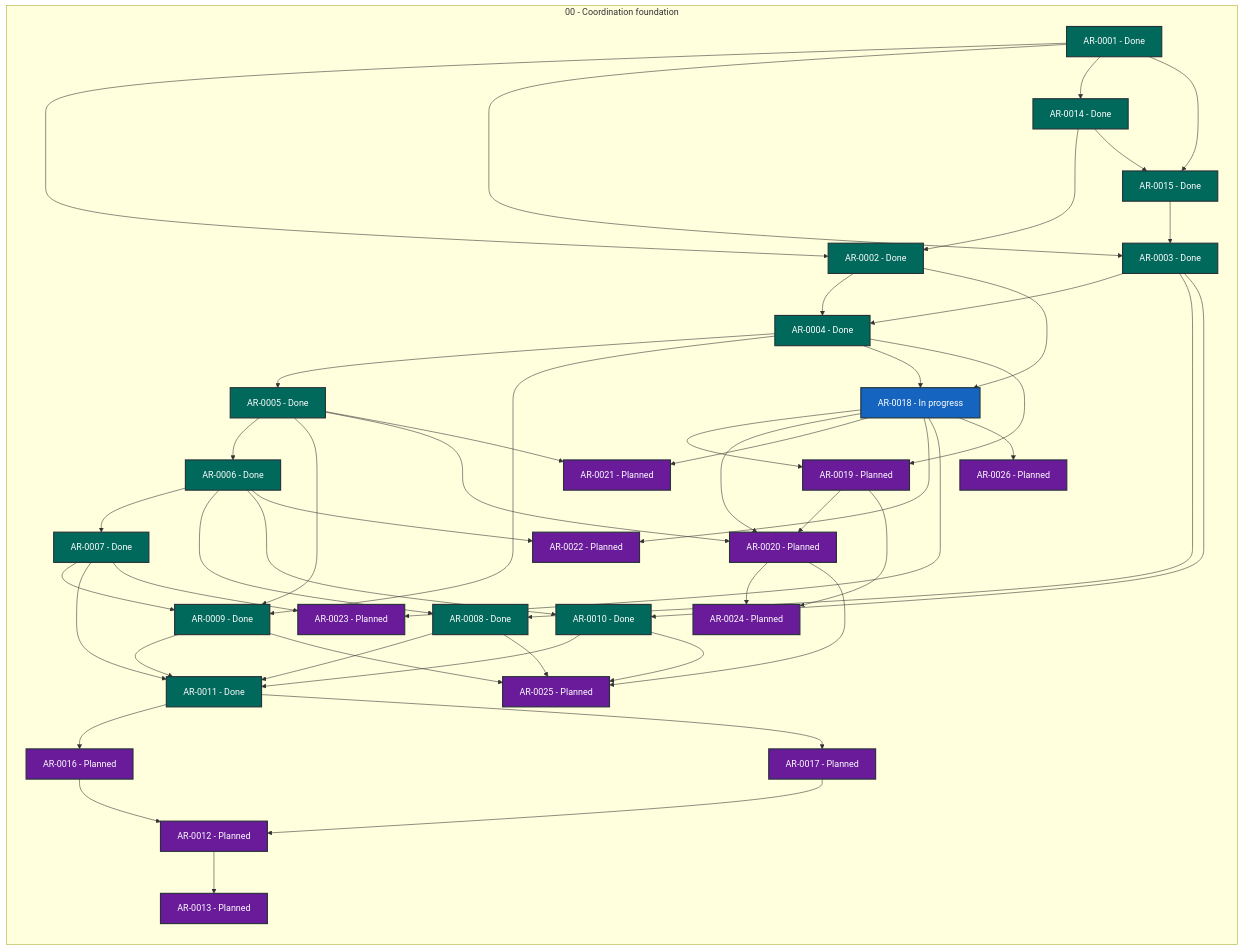
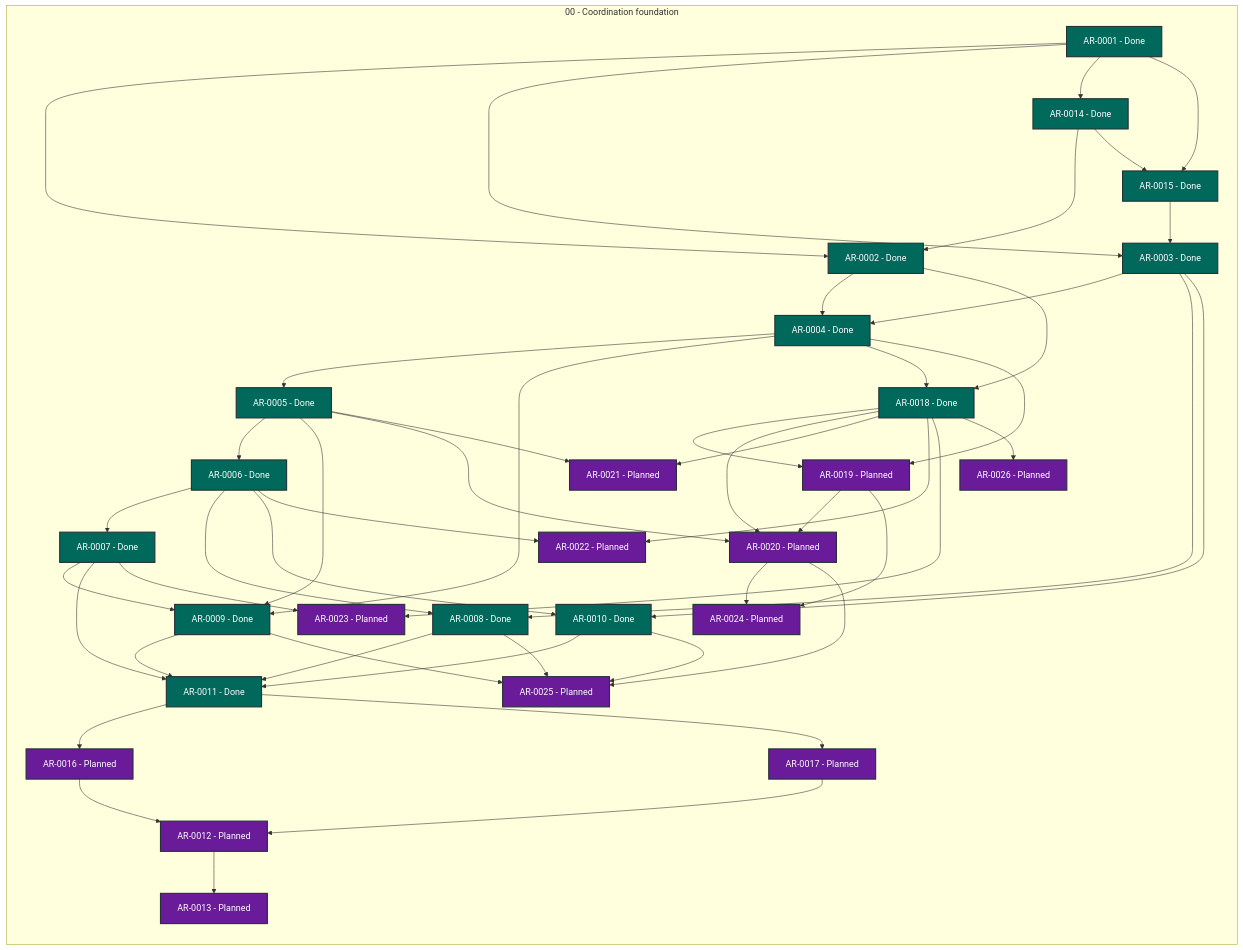
One commit to martin-beck/agent-workflow-tui-state changed the diagram in STATUS.md. Above: the diagram before and after it, drawn with Mermaid. The commit also changed other lines of this file and 2 other files, not shown here.

```diff
--- a/STATUS.md
+++ b/STATUS.md
@@ -45,7 +45,7 @@
         AR_0015["AR-0015 - Done"]:::status_done
         AR_0016["AR-0016 - Planned"]:::status_planned
         AR_0017["AR-0017 - Planned"]:::status_planned
-        AR_0018["AR-0018 - In progress"]:::status_in_progress
+        AR_0018["AR-0018 - Done"]:::status_done
         AR_0019["AR-0019 - Planned"]:::status_planned
         AR_0020["AR-0020 - Planned"]:::status_planned
         AR_0021["AR-0021 - Planned"]:::status_planned
```
